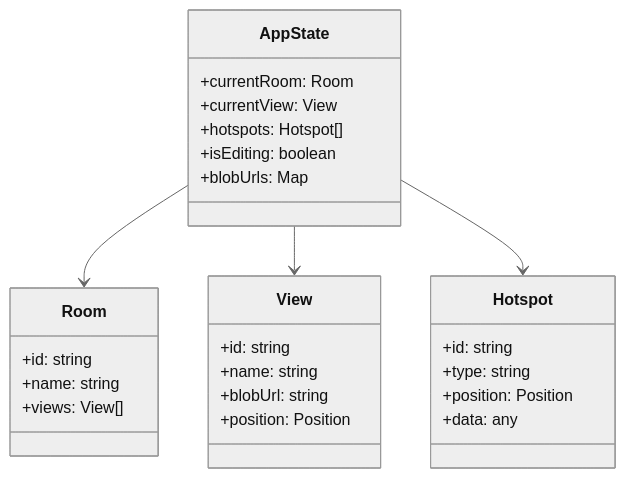
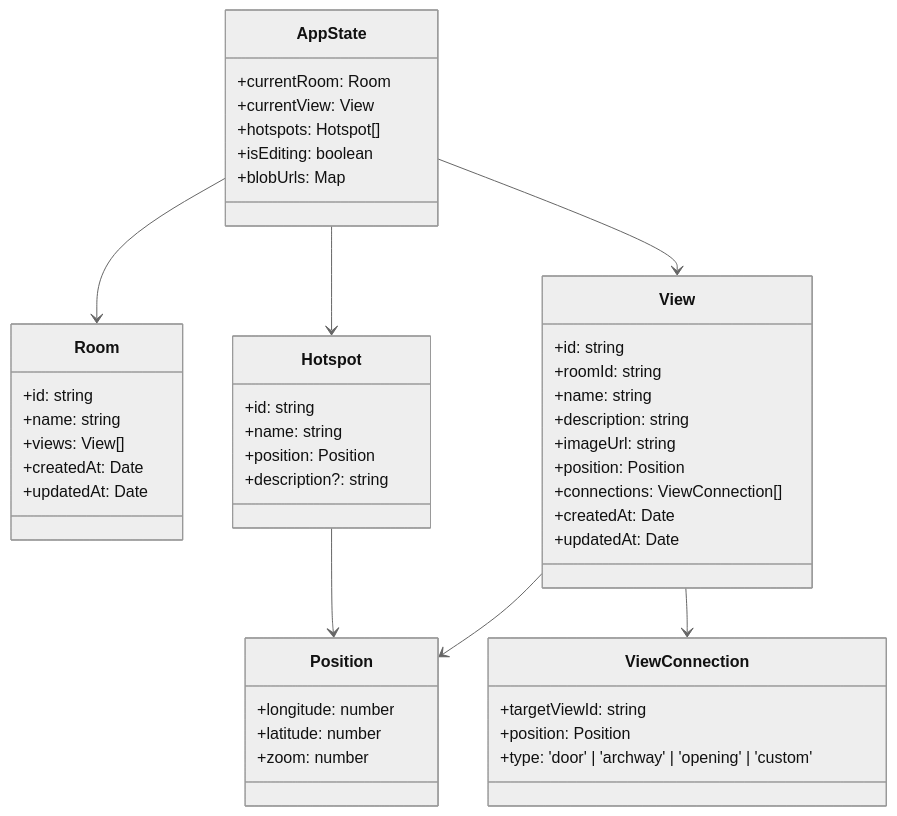
One commit to straiforos/kitchen-360 changed the third of 14 diagrams in docs/phases/PHASE_1_LOCAL_STORAGE.md. Above: the diagram before and after it, drawn with Mermaid (neutral theme). The commit also changed other lines of this file and 1 other file, not shown here.

Commit message:
Add Phase 1 Iterations documentation
- Introduced a new document to track iterations and design decisions during Phase 1 of the Kitchen 360° Organizer development.
- Detailed changes made to the model structure, enhancements, and their impact on core features.
- Outlined future considerations and immediate next steps for implementation.

````diff
--- a/docs/phases/PHASE_1_LOCAL_STORAGE.md
+++ b/docs/phases/PHASE_1_LOCAL_STORAGE.md
@@ -60,34 +60,56 @@
 ```mermaid
 classDiagram
     class AppState {
         +currentRoom: Room
         +currentView: View
         +hotspots: Hotspot[]
         +isEditing: boolean
         +blobUrls: Map<string, string>
     }
     
     class Room {
         +id: string
         +name: string
         +views: View[]
+        +createdAt: Date
+        +updatedAt: Date
     }
     
     class View {
         +id: string
+        +roomId: string
         +name: string
-        +blobUrl: string
+        +description: string
+        +imageUrl: string
         +position: Position
+        +connections: ViewConnection[]
+        +createdAt: Date
+        +updatedAt: Date
     }
     
     class Hotspot {
         +id: string
-        +type: string
+        +name: string
         +position: Position
-        +data: any
+        +description?: string
+    }
+    
+    class Position {
+        +longitude: number
+        +latitude: number
+        +zoom: number
+    }
+    
+    class ViewConnection {
+        +targetViewId: string
+        +position: Position
+        +type: 'door' | 'archway' | 'opening' | 'custom'
     }
     
     AppState --> Room
     AppState --> View
     AppState --> Hotspot
+    View --> Position
+    Hotspot --> Position
+    View --> ViewConnection
 ```
````
